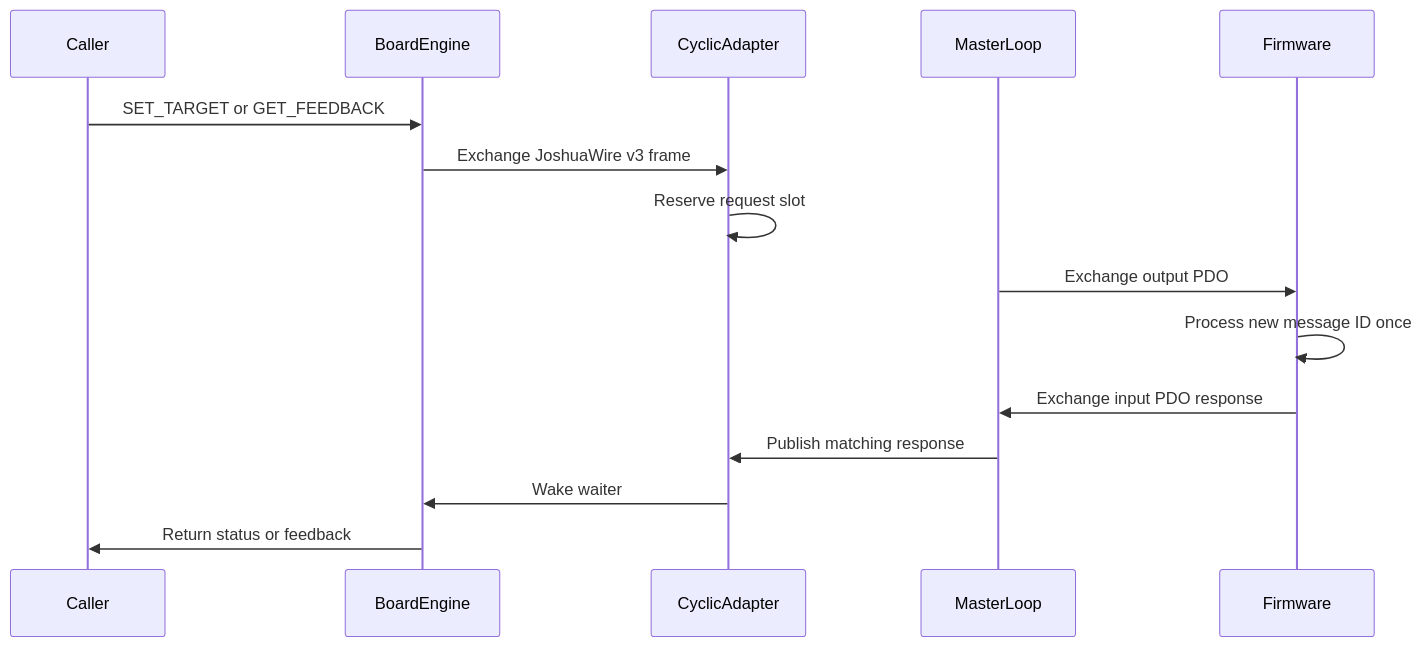
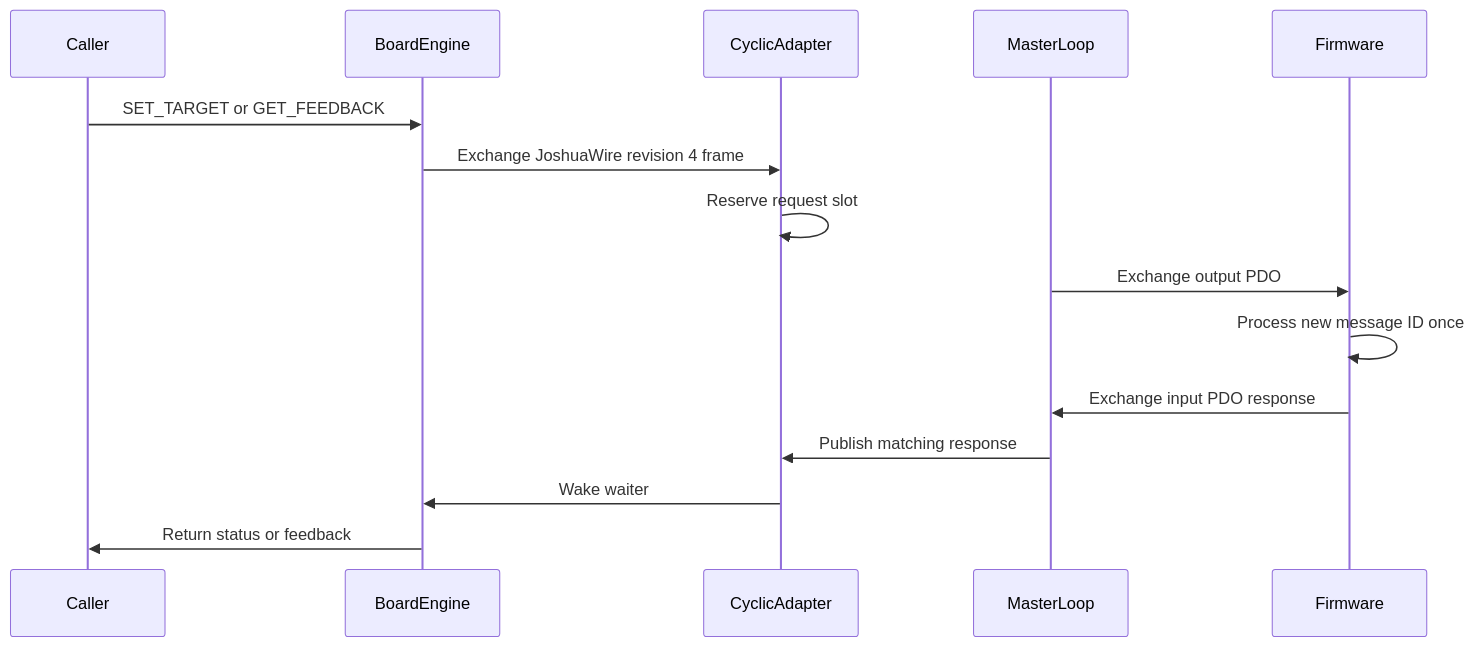
The first of 2 diagrams in docs/BOARD_COMM_SEPARATION_PLAN.md (Joshua-AI-Robotics/Joshua), drawn with Mermaid before and after one commit. The commit also changed other lines of this file and 22 other files, not shown here.

First line of the commit message:
Define JoshuaWire mixed-device protocol and versioned profiles

````diff
--- a/docs/BOARD_COMM_SEPARATION_PLAN.md
+++ b/docs/BOARD_COMM_SEPARATION_PLAN.md
@@ -181,18 +124,18 @@
 ```mermaid
 sequenceDiagram
   participant Caller
   participant BoardEngine
   participant CyclicAdapter
   participant MasterLoop
   participant Firmware
 
   Caller->>BoardEngine: SET_TARGET or GET_FEEDBACK
-  BoardEngine->>CyclicAdapter: Exchange JoshuaWire v3 frame
+  BoardEngine->>CyclicAdapter: Exchange JoshuaWire revision 4 frame
   CyclicAdapter->>CyclicAdapter: Reserve request slot
   MasterLoop->>Firmware: Exchange output PDO
   Firmware->>Firmware: Process new message ID once
   Firmware->>MasterLoop: Exchange input PDO response
   MasterLoop->>CyclicAdapter: Publish matching response
   CyclicAdapter->>BoardEngine: Wake waiter
   BoardEngine->>Caller: Return status or feedback
 ```
````
